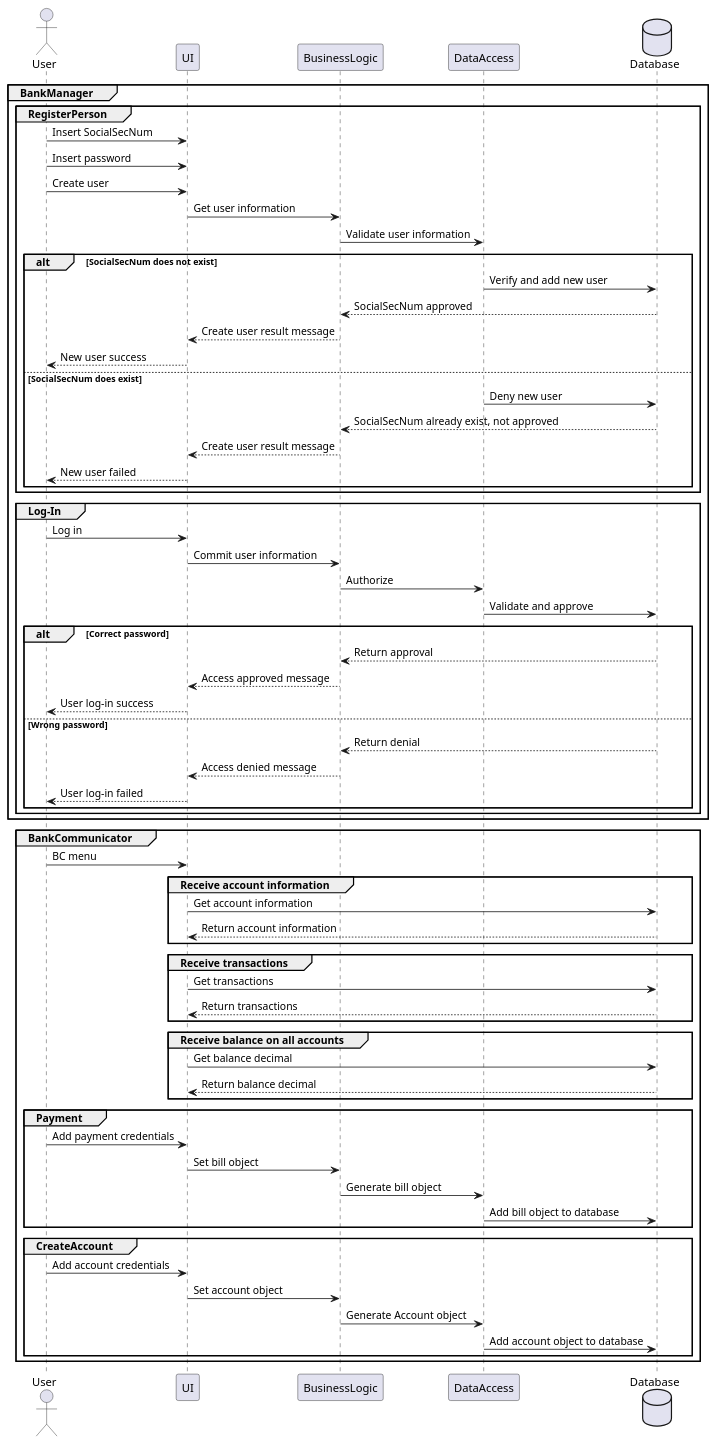
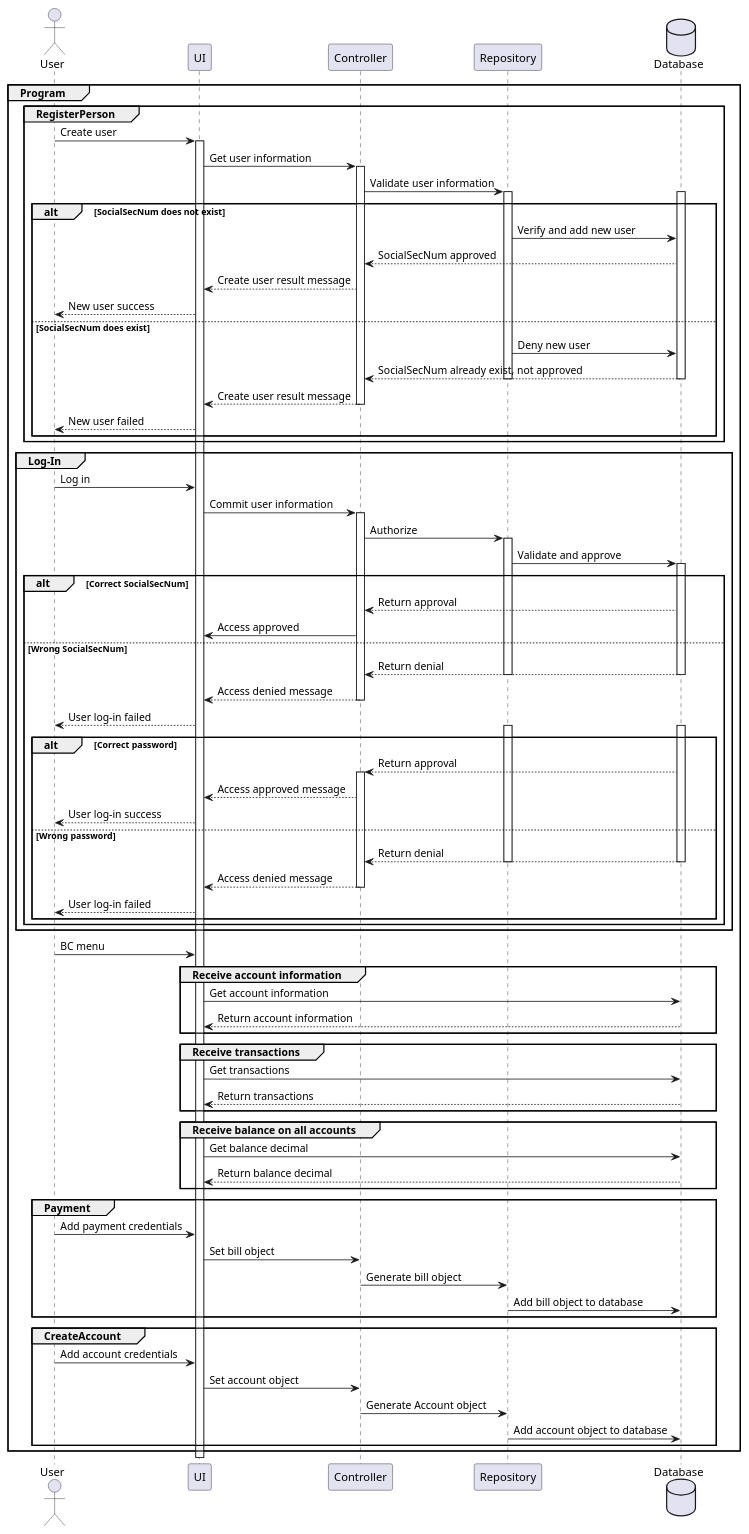
The diagram in PG3302Eksamen/Assets/Sequence.puml (runejac/PG3302Eksamen), drawn with PlantUML before and after one commit.

Commit message:
Working on sequence diagram

```diff
--- a/PG3302Eksamen/Assets/Sequence.puml
+++ b/PG3302Eksamen/Assets/Sequence.puml
@@ -1,84 +1,108 @@
 @startuml
 
 actor User 
 participant UI
-participant BusinessLogic
-participant DataAccess
+participant Controller
+participant Repository
 database Database
 
-group BankManager
+group Program
 group RegisterPerson
-User -> UI : Insert SocialSecNum
-User -> UI : Insert password
 User -> UI : Create user
-UI -> BusinessLogic : Get user information
-BusinessLogic -> DataAccess : Validate user information
-
+activate UI
+UI -> Controller : Get user information
+activate Controller
+Controller -> Repository : Validate user information
+activate Repository
+activate Database
 
 alt SocialSecNum does not exist
-DataAccess -> Database : Verify and add new user 
-BusinessLogic <-- Database : SocialSecNum approved
-UI <-- BusinessLogic : Create user result message
+Repository -> Database : Verify and add new user 
+Controller <-- Database : SocialSecNum approved
+UI <-- Controller : Create user result message
 User <-- UI : New user success
 else SocialSecNum does exist
-DataAccess -> Database : Deny new user
-BusinessLogic <-- Database  : SocialSecNum already exist, not approved
-UI <-- BusinessLogic : Create user result message
+Repository -> Database : Deny new user
+Controller <-- Database  : SocialSecNum already exist, not approved
+deactivate Database
+deactivate Repository
+UI <-- Controller : Create user result message
+deactivate Controller
 User <-- UI : New user failed
 end
 end
 
 group Log-In
 User -> UI : Log in
-UI -> BusinessLogic : Commit user information
-BusinessLogic -> DataAccess : Authorize
-DataAccess -> Database : Validate and approve
+UI -> Controller : Commit user information
+activate Controller
+Controller -> Repository : Authorize
+activate Repository
+Repository -> Database : Validate and approve
+activate Database
+
+alt Correct SocialSecNum
+Controller <-- Database : Return approval
+Controller -> UI : Access approved
+else Wrong SocialSecNum
+Controller <-- Database : Return denial
+deactivate Database
+deactivate Repository
+UI <-- Controller : Access denied message
+deactivate Controller
+User <-- UI : User log-in failed
+
 alt Correct password
-BusinessLogic <-- Database : Return approval
-UI <-- BusinessLogic : Access approved message
+activate Database
+activate Repository
+Controller <-- Database : Return approval
+activate Controller
+UI <-- Controller : Access approved message
 User <-- UI : User log-in success
 else Wrong password
-BusinessLogic <-- Database : Return denial
-UI <-- BusinessLogic : Access denied message
+Controller <-- Database : Return denial
+deactivate Database
+deactivate Repository
+UI <-- Controller : Access denied message
+deactivate Controller
 User <-- UI : User log-in failed
 end
 end
 end
 
-group BankCommunicator
 
 User -> UI : BC menu
 
 group Receive account information
 UI -> Database : Get account information
 Database --> UI: Return account information
 end
 
 group Receive transactions
 UI -> Database : Get transactions 
 Database --> UI: Return transactions 
 end
 
 group Receive balance on all accounts
 UI -> Database : Get balance decimal
 Database --> UI: Return balance decimal
 end
 
 group Payment
 User -> UI : Add payment credentials
-UI -> BusinessLogic : Set bill object
-BusinessLogic -> DataAccess : Generate bill object
-DataAccess -> Database : Add bill object to database
+UI -> Controller : Set bill object
+Controller -> Repository : Generate bill object
+Repository -> Database : Add bill object to database
 end
 
 group CreateAccount
 User -> UI : Add account credentials
-UI -> BusinessLogic : Set account object
-BusinessLogic -> DataAccess : Generate Account object
-DataAccess -> Database : Add account object to database
+UI -> Controller : Set account object
+Controller -> Repository : Generate Account object
+Repository -> Database : Add account object to database
+end
+
 end
 
 
-end
-
 @enduml
```
